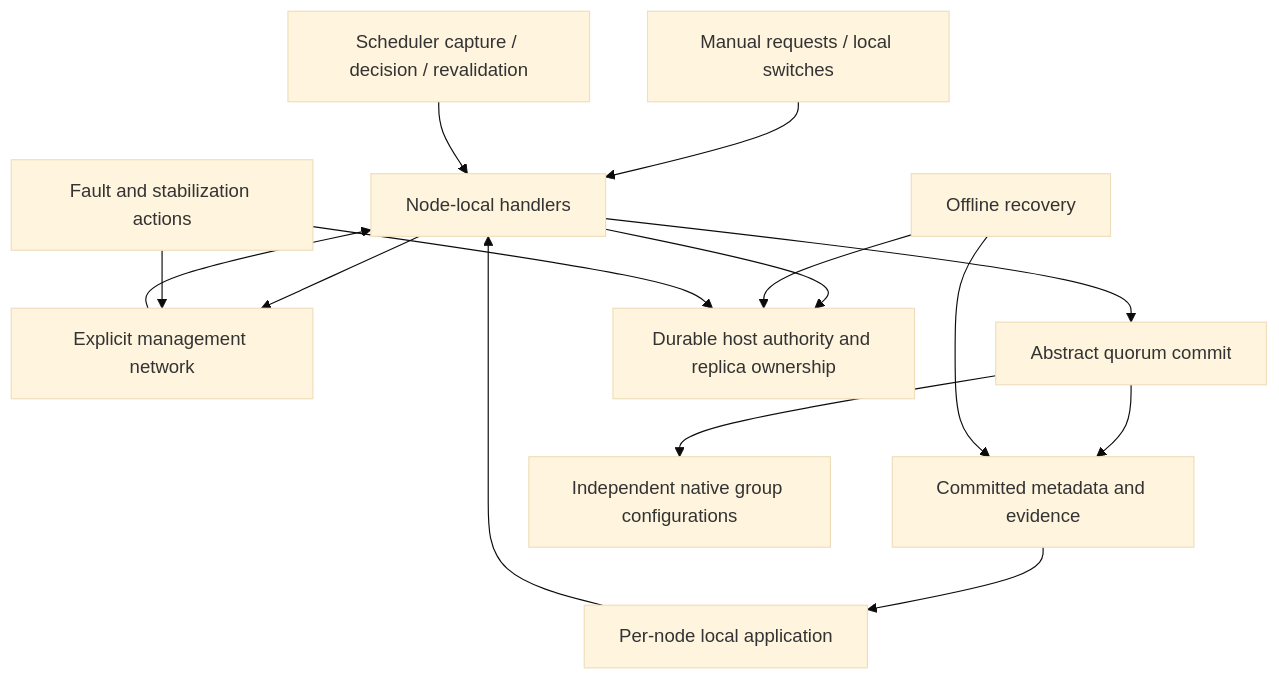
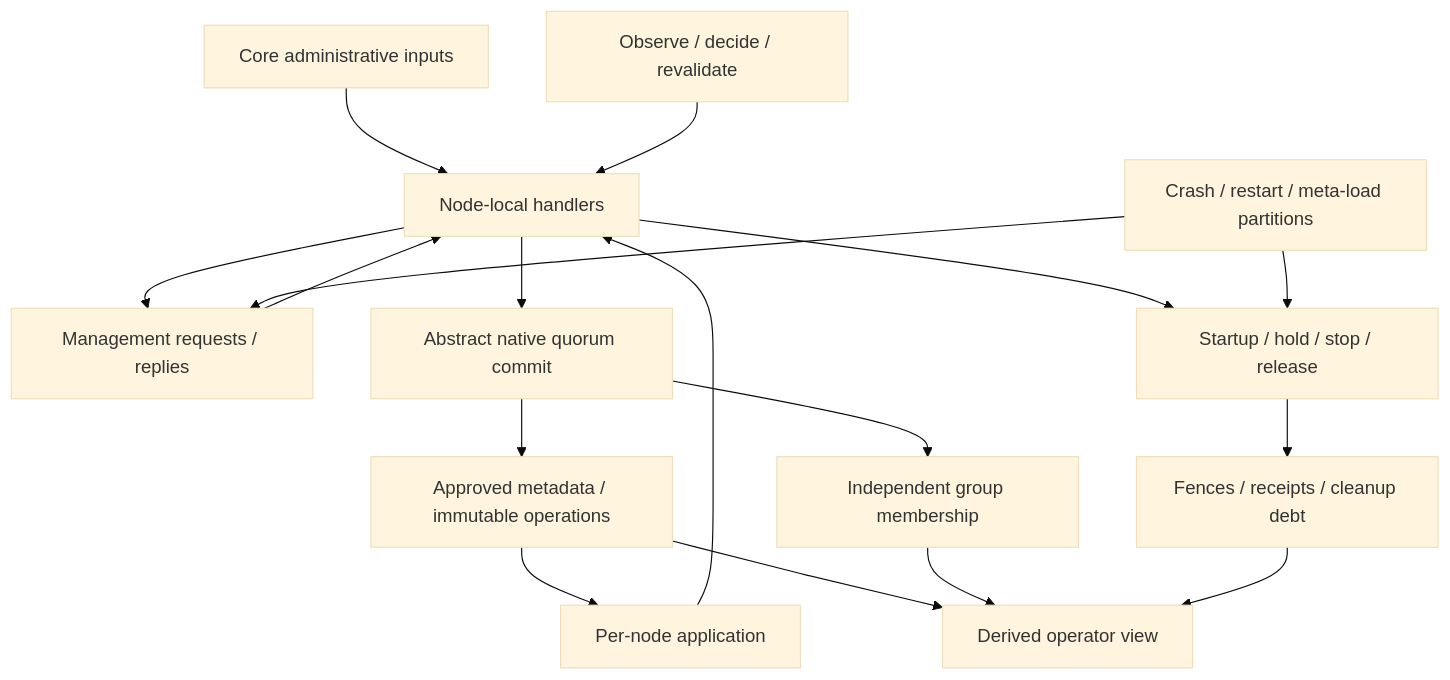
One commit to asalimonov/gquorum changed the diagram in docs/brainstorms/20261027-quint-cluster-management-target.md. Above: the diagram before and after it, drawn with Mermaid (base theme). The commit also changed other lines of this file and 7 other files, not shown here.

````diff
--- a/docs/brainstorms/20261027-quint-cluster-management-target.md
+++ b/docs/brainstorms/20261027-quint-cluster-management-target.md
@@ -39,17 +47,19 @@
 ```mermaid
 flowchart TD
-    Calls[Manual requests / local switches] --> Node[Node-local handlers]
-    Scheduler[Scheduler capture / decision / revalidation] --> Node
-    Node --> Net[Explicit management network]
+    Calls[Core administrative inputs] --> Node[Node-local handlers]
+    Scheduler[Observe / decide / revalidate] --> Node
+    Node --> Net[Management requests / replies]
     Net --> Node
-    Node --> Commit[Abstract quorum commit]
-    Commit --> Meta[Committed metadata and evidence]
-    Commit --> Native[Independent native group configurations]
-    Meta --> Apply[Per-node local application]
+    Node --> Commit[Abstract native quorum commit]
+    Commit --> Meta[Approved metadata / immutable operations]
+    Commit --> Native[Independent group membership]
+    Meta --> Apply[Per-node application]
     Apply --> Node
-    Node --> Host[Durable host authority and replica ownership]
-    Recovery[Offline recovery] --> Host
-    Recovery --> Meta
-    Faults[Fault and stabilization actions] --> Net
-    Faults --> Host
+    Node --> Owner[Startup / hold / stop / release]
+    Owner --> Proof[Fences / receipts / cleanup debt]
+    Faults[Crash / restart / meta-load partitions] --> Net
+    Faults --> Owner
+    Meta --> Display[Derived operator view]
+    Native --> Display
+    Proof --> Display
 ```
````
